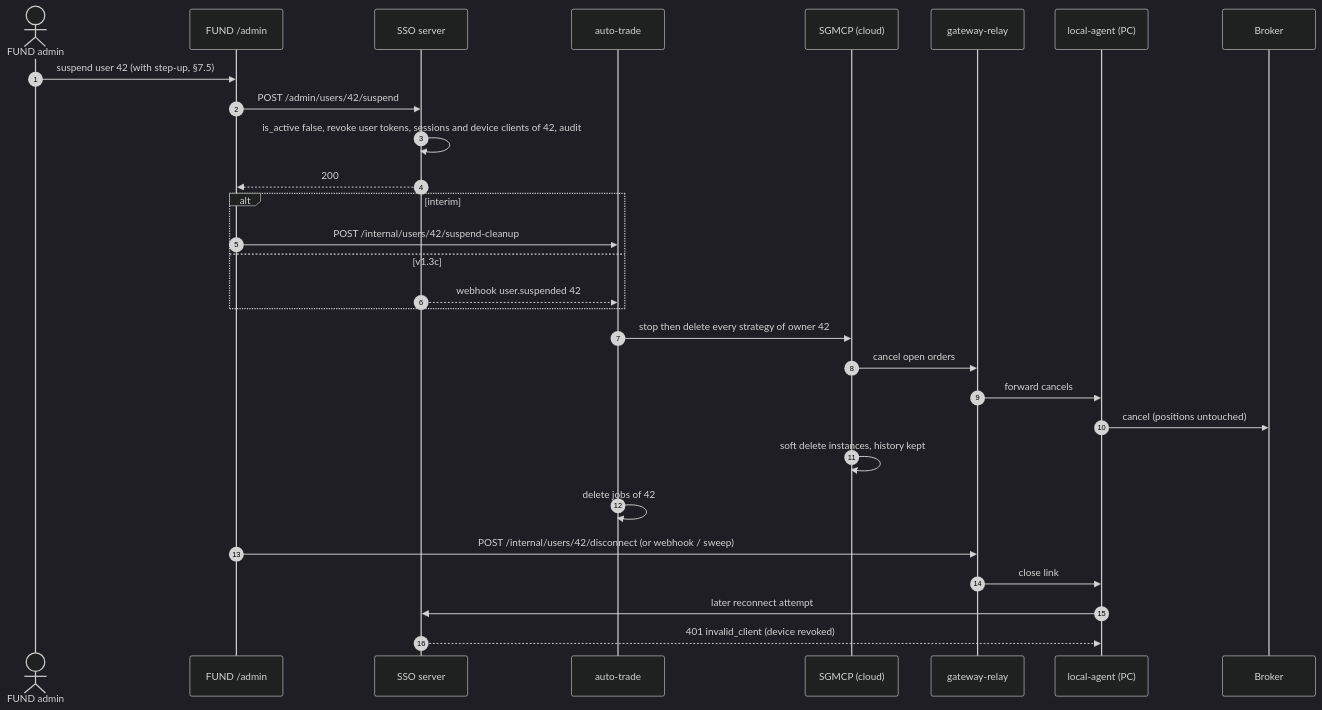
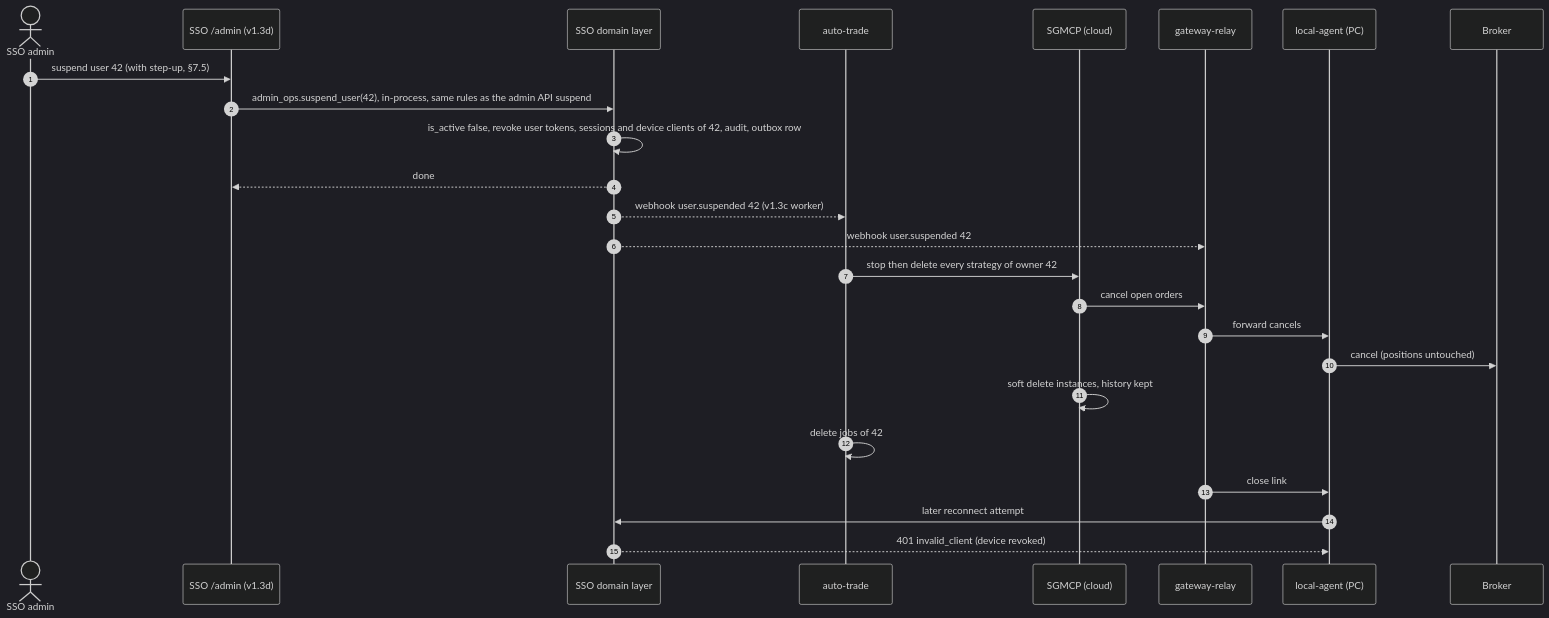
Before and after one commit to Neural-Matrix-LLC/SSO-server: diagram 11 of 18 in docs/ECOSYSTEM-INTEGRATION.md, drawn with Mermaid (dark theme). The commit also changed other lines of this file, not shown here.

Commit message:
docs(ecosystem): admin UI moves to the SSO (/admin, v1.3d); FUND v1.5b loses admin UI; SGMCP v1.4 design pointer

````diff
--- a/docs/ECOSYSTEM-INTEGRATION.md
+++ b/docs/ECOSYSTEM-INTEGRATION.md
@@ -571,31 +578,27 @@
 ```mermaid
 sequenceDiagram
   autonumber
-  actor A as FUND admin
-  participant UI as FUND /admin
-  participant SSO as SSO server
+  actor A as SSO admin
+  participant UI as SSO /admin (v1.3d)
+  participant SSO as SSO domain layer
   participant AT as auto-trade
   participant SG as SGMCP (cloud)
   participant RL as gateway-relay
   participant LA as local-agent (PC)
   participant BR as Broker
   A->>UI: suspend user 42 (with step-up, §7.5)
-  UI->>SSO: POST /admin/users/42/suspend
-  SSO->>SSO: is_active false, revoke user tokens, sessions and device clients of 42, audit
-  SSO-->>UI: 200
-  alt interim
-    UI->>AT: POST /internal/users/42/suspend-cleanup
-  else v1.3c
-    SSO-->>AT: webhook user.suspended 42
-  end
+  UI->>SSO: admin_ops.suspend_user(42), in-process, same rules as the admin API suspend
+  SSO->>SSO: is_active false, revoke user tokens, sessions and device clients of 42, audit, outbox row
+  SSO-->>UI: done
+  SSO-->>AT: webhook user.suspended 42 (v1.3c worker)
+  SSO-->>RL: webhook user.suspended 42
   AT->>SG: stop then delete every strategy of owner 42
   SG->>RL: cancel open orders
   RL->>LA: forward cancels
   LA->>BR: cancel (positions untouched)
   SG->>SG: soft delete instances, history kept
   AT->>AT: delete jobs of 42
-  UI->>RL: POST /internal/users/42/disconnect (or webhook / sweep)
   RL->>LA: close link
   LA->>SSO: later reconnect attempt
   SSO-->>LA: 401 invalid_client (device revoked)
 ```
````
